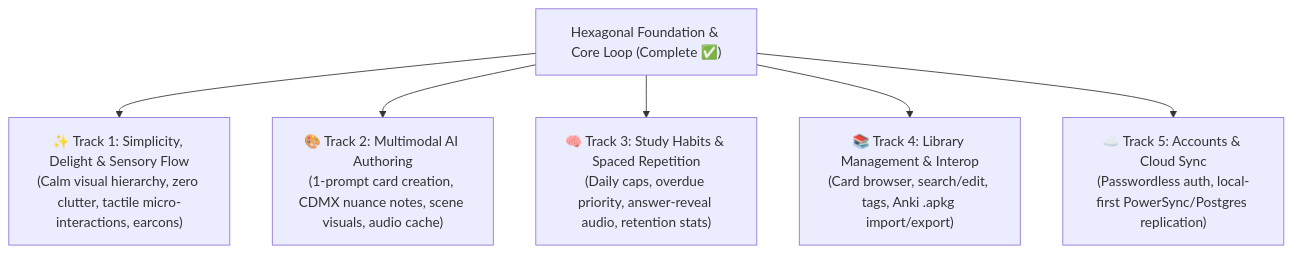
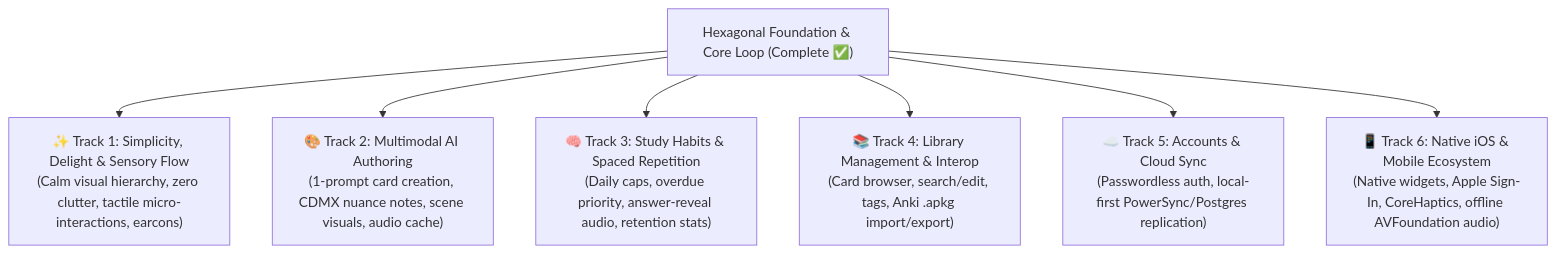
Before and after one commit to smolkaj/jolito: the diagram in docs/ROADMAP.md, drawn with Mermaid. The commit also changed other lines of this file, not shown here.

Commit message:
Add Native iOS & Mobile Ecosystem capability track to roadmap

````diff
--- a/docs/ROADMAP.md
+++ b/docs/ROADMAP.md
@@ -7,10 +7,11 @@
 ```mermaid
 flowchart TD
     Foundation["Hexagonal Foundation & Core Loop (Complete ✅)"]
 
     Foundation --> Track1["✨ Track 1: Simplicity, Delight & Sensory Flow<br/>(Calm visual hierarchy, zero clutter, tactile micro-interactions, earcons)"]
     Foundation --> Track2["🎨 Track 2: Multimodal AI Authoring<br/>(1-prompt card creation, CDMX nuance notes, scene visuals, audio cache)"]
     Foundation --> Track3["🧠 Track 3: Study Habits & Spaced Repetition<br/>(Daily caps, overdue priority, answer-reveal audio, retention stats)"]
     Foundation --> Track4["📚 Track 4: Library Management & Interop<br/>(Card browser, search/edit, tags, Anki .apkg import/export)"]
     Foundation --> Track5["☁️ Track 5: Accounts & Cloud Sync<br/>(Passwordless auth, local-first PowerSync/Postgres replication)"]
+    Foundation --> Track6["📱 Track 6: Native iOS & Mobile Ecosystem<br/>(Native widgets, Apple Sign-In, CoreHaptics, offline AVFoundation audio)"]
 ```
````
